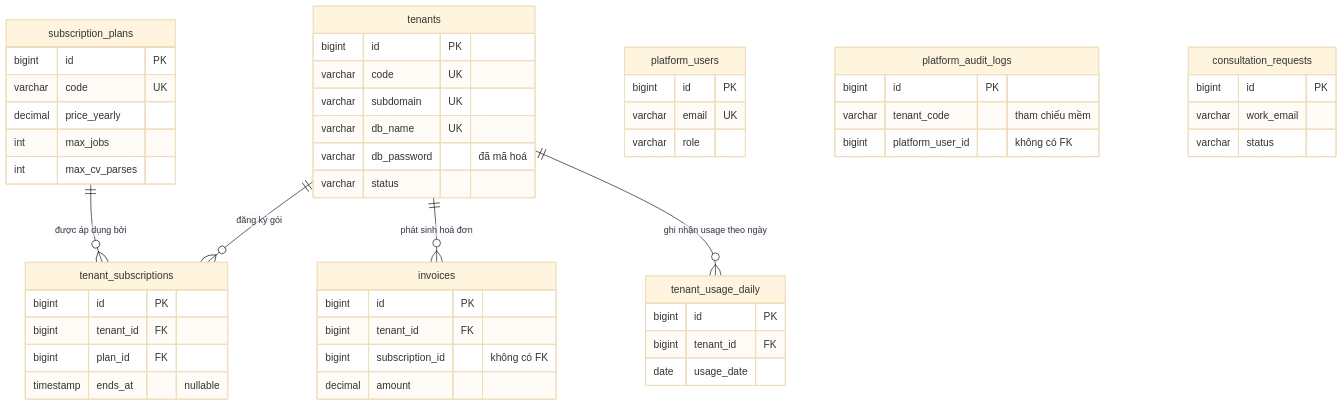
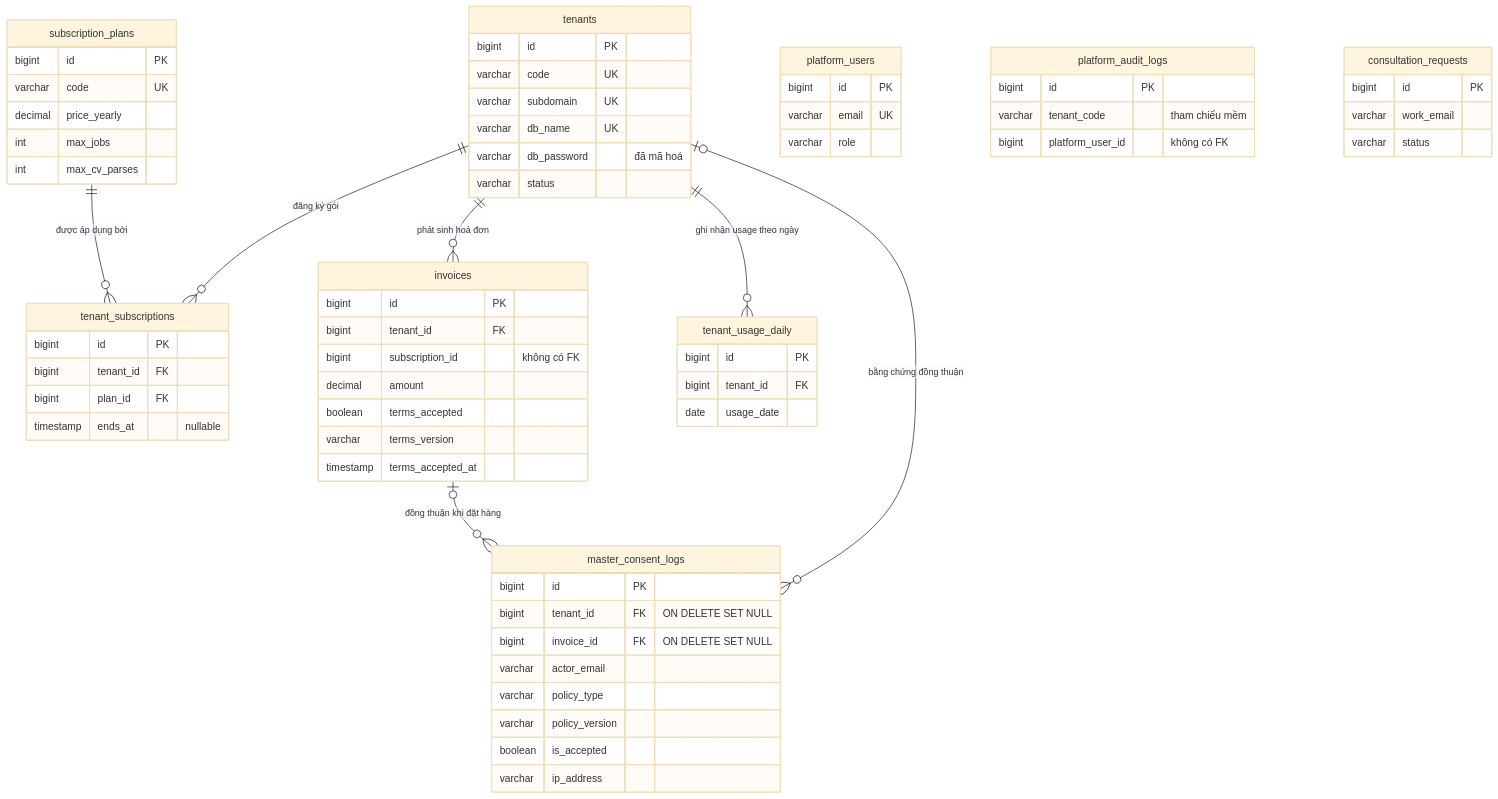
Before and after one commit to hieupnh12/SmartHire-AI: the second of 11 diagrams in docs/database/README.md, drawn with Mermaid (base theme). The commit also changed other lines of this file and 48 other files, not shown here.

Commit message:
feat(master): add checkout click-wrap legal consent audit trail and Dropbox Sign B2B e-signature integration

````diff
--- a/docs/database/README.md
+++ b/docs/database/README.md
@@ -295,55 +298,70 @@
 ```mermaid
 erDiagram
     tenants ||--o{ tenant_subscriptions : "đăng ký gói"
     subscription_plans ||--o{ tenant_subscriptions : "được áp dụng bởi"
     tenants ||--o{ invoices : "phát sinh hoá đơn"
     tenants ||--o{ tenant_usage_daily : "ghi nhận usage theo ngày"
+    tenants |o--o{ master_consent_logs : "bằng chứng đồng thuận"
+    invoices |o--o{ master_consent_logs : "đồng thuận khi đặt hàng"
 
     tenants {
         bigint id PK
         varchar code UK
         varchar subdomain UK
         varchar db_name UK
         varchar db_password "đã mã hoá"
         varchar status
     }
     subscription_plans {
         bigint id PK
         varchar code UK
         decimal price_yearly
         int max_jobs
         int max_cv_parses
     }
     tenant_subscriptions {
         bigint id PK
         bigint tenant_id FK
         bigint plan_id FK
         timestamp ends_at "nullable"
     }
     invoices {
         bigint id PK
         bigint tenant_id FK
         bigint subscription_id "không có FK"
         decimal amount
+        boolean terms_accepted
+        varchar terms_version
+        timestamp terms_accepted_at
+    }
+    master_consent_logs {
+        bigint id PK
+        bigint tenant_id FK "ON DELETE SET NULL"
+        bigint invoice_id FK "ON DELETE SET NULL"
+        varchar actor_email
+        varchar policy_type
+        varchar policy_version
+        boolean is_accepted
+        varchar ip_address
     }
     tenant_usage_daily {
         bigint id PK
         bigint tenant_id FK
         date usage_date
     }
     platform_users {
         bigint id PK
         varchar email UK
         varchar role
     }
     platform_audit_logs {
         bigint id PK
         varchar tenant_code "tham chiếu mềm"
         bigint platform_user_id "không có FK"
     }
     consultation_requests {
         bigint id PK
         varchar work_email
         varchar status
     }
 ```
````
